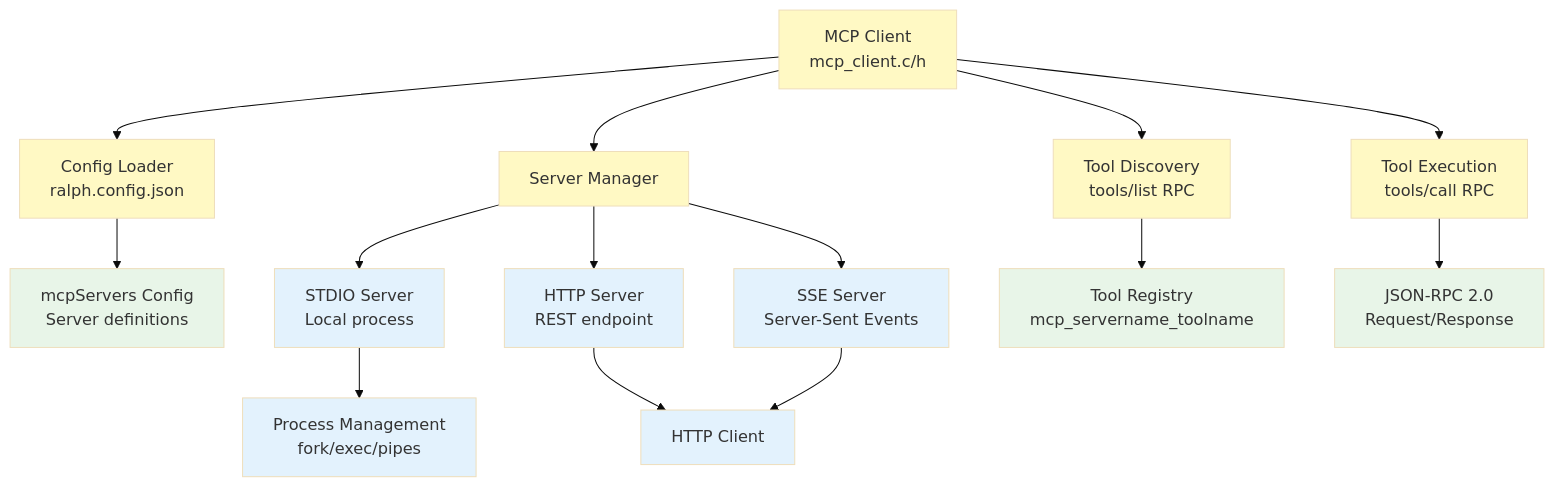
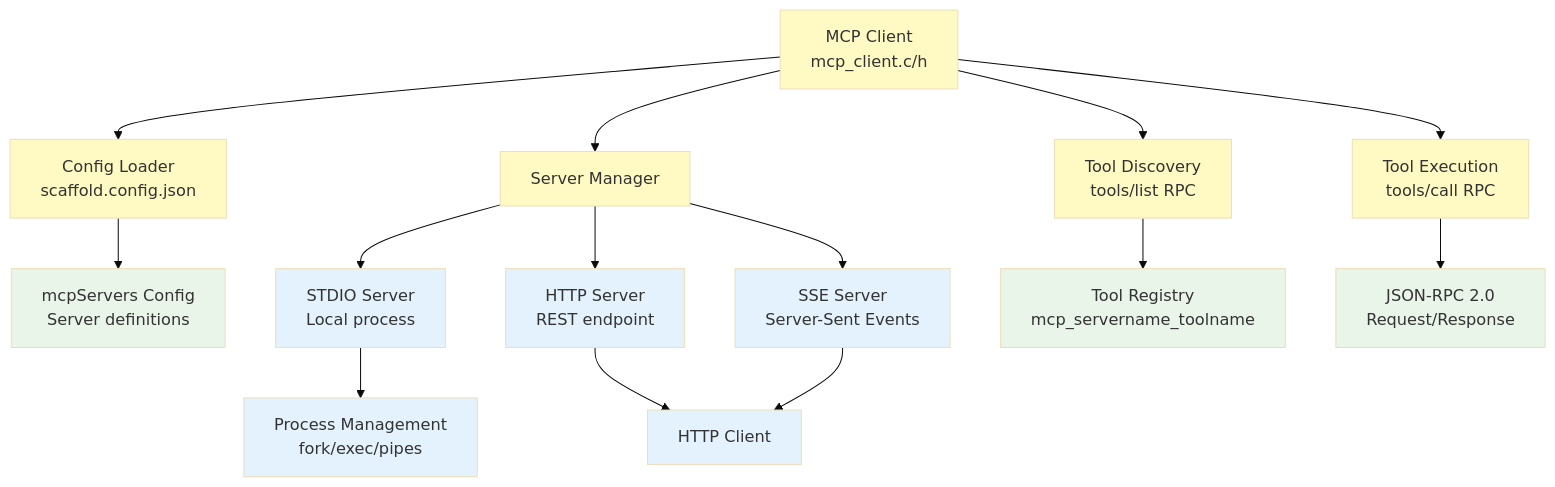
Before and after one commit to tgittos/scaffold: the ninth of 16 diagrams in ARCHITECTURE.md, drawn with Mermaid (base theme). The commit also changed other lines of this file and 58 other files, not shown here.

First line of the commit message:
Eliminate ralph binary, consolidate to single scaffold binary

````diff
--- a/ARCHITECTURE.md
+++ b/ARCHITECTURE.md
@@ -429,29 +429,29 @@
 ```mermaid
 graph TB
-    MCPClient[MCP Client<br/>mcp_client.c/h] --> ConfigLoader[Config Loader<br/>ralph.config.json]
+    MCPClient[MCP Client<br/>mcp_client.c/h] --> ConfigLoader[Config Loader<br/>scaffold.config.json]
     MCPClient --> ServerManager[Server Manager]
 
     ConfigLoader --> MCPServers[mcpServers Config<br/>Server definitions]
 
     ServerManager --> STDIOServer[STDIO Server<br/>Local process]
     ServerManager --> HTTPServer[HTTP Server<br/>REST endpoint]
     ServerManager --> SSEServer[SSE Server<br/>Server-Sent Events]
 
     STDIOServer --> ProcessMgmt[Process Management<br/>fork/exec/pipes]
     HTTPServer --> HTTPClient[HTTP Client]
     SSEServer --> HTTPClient
 
     MCPClient --> ToolDiscovery[Tool Discovery<br/>tools/list RPC]
     ToolDiscovery --> ToolRegistry[Tool Registry<br/>mcp_servername_toolname]
 
     MCPClient --> ToolExecution[Tool Execution<br/>tools/call RPC]
     ToolExecution --> JSONRPCProtocol[JSON-RPC 2.0<br/>Request/Response]
 
     classDef mcpCore fill:#fff9c4
     classDef transport fill:#e3f2fd
     classDef protocol fill:#e8f5e8
 
     class MCPClient,ConfigLoader,ServerManager,ToolDiscovery,ToolExecution mcpCore
     class STDIOServer,HTTPServer,SSEServer,ProcessMgmt,HTTPClient transport
     class JSONRPCProtocol,ToolRegistry,MCPServers protocol
 ```
````
